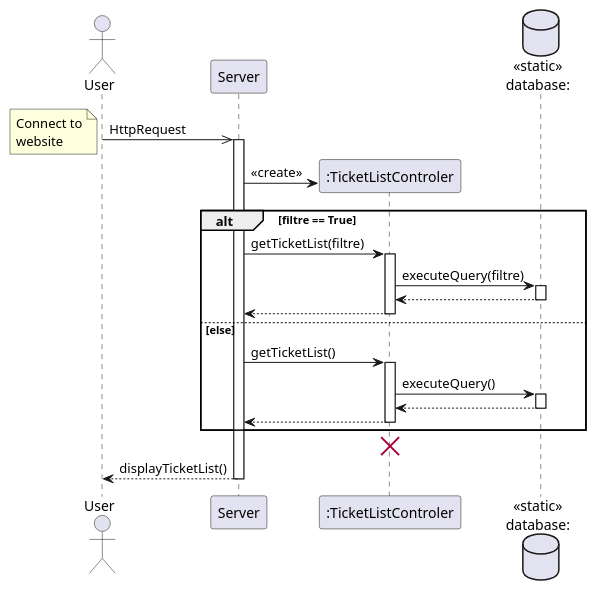
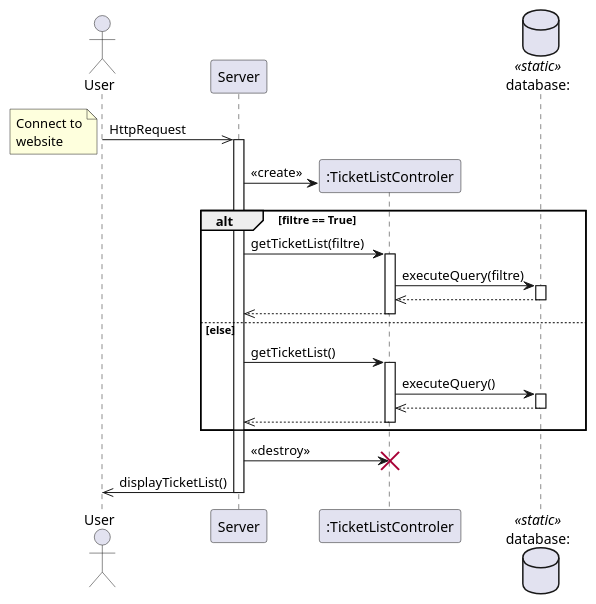
Before and after one commit to dorianleveque/CoHub: the diagram in docs/UML/consulter l'ensemble des tickets.puml, drawn with PlantUML. The commit also changed 5 other files, not shown here.

Commit message:
correction des flèches des diagrammes ainsi que des stéréotypes + ajout de quelques diagrammes

```diff
--- a/docs/UML/consulter l'ensemble des tickets.puml
+++ b/docs/UML/consulter l'ensemble des tickets.puml
@@ -1,40 +1,41 @@
 @startuml consulter l'ensemble des tickets
 actor client as "User" order 1 
 participant server as "Server"   order 2
-database bdd as "<<static>>\ndatabase:" order 4
+database bdd as "database:" <<static>> order 4
 
 client ->> server : HttpRequest
 note left : Connect to\nwebsite
 activate server
 create ticketListCtrl as ":TicketListControler" order 3
 server -> ticketListCtrl : <<create>>
 
 alt filtre == True
     server -> ticketListCtrl : getTicketList(filtre)
     activate ticketListCtrl
 
     ticketListCtrl -> bdd : executeQuery(filtre)
     activate bdd
-    bdd --> ticketListCtrl
+    bdd -->> ticketListCtrl
     deactivate bdd
 
-    ticketListCtrl --> server
+    ticketListCtrl -->> server
     deactivate ticketListCtrl
 else else
     server -> ticketListCtrl : getTicketList()
     activate ticketListCtrl
 
     ticketListCtrl -> bdd : executeQuery()
     activate bdd
-    bdd --> ticketListCtrl
+    bdd -->> ticketListCtrl
     deactivate bdd
 
-    ticketListCtrl --> server
+    ticketListCtrl -->> server
     deactivate ticketListCtrl
 end
+server -> ticketListCtrl : <<destroy>>
 destroy ticketListCtrl
 
-server --> client : displayTicketList()
+server ->> client : displayTicketList()
 deactivate server
 
 @enduml
```
